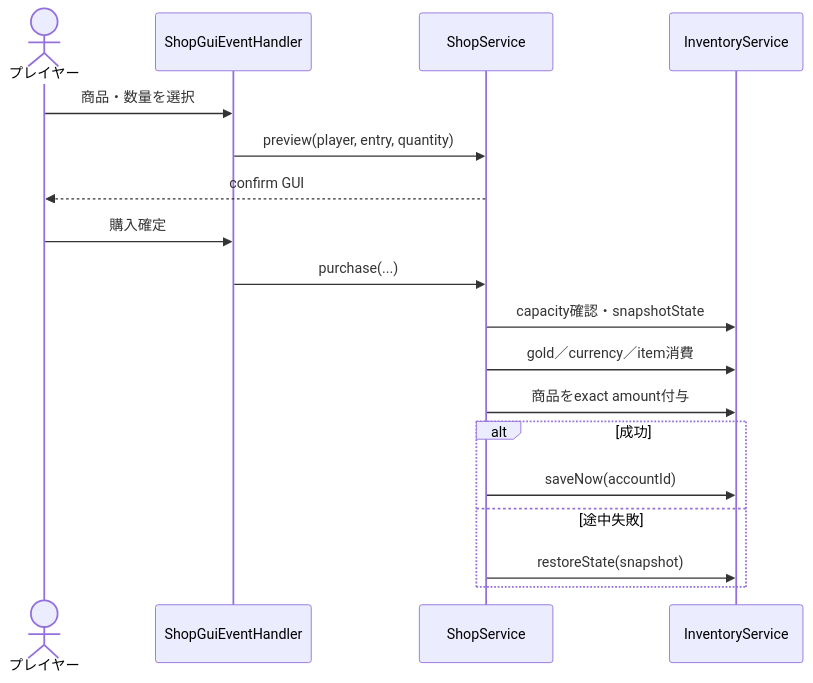
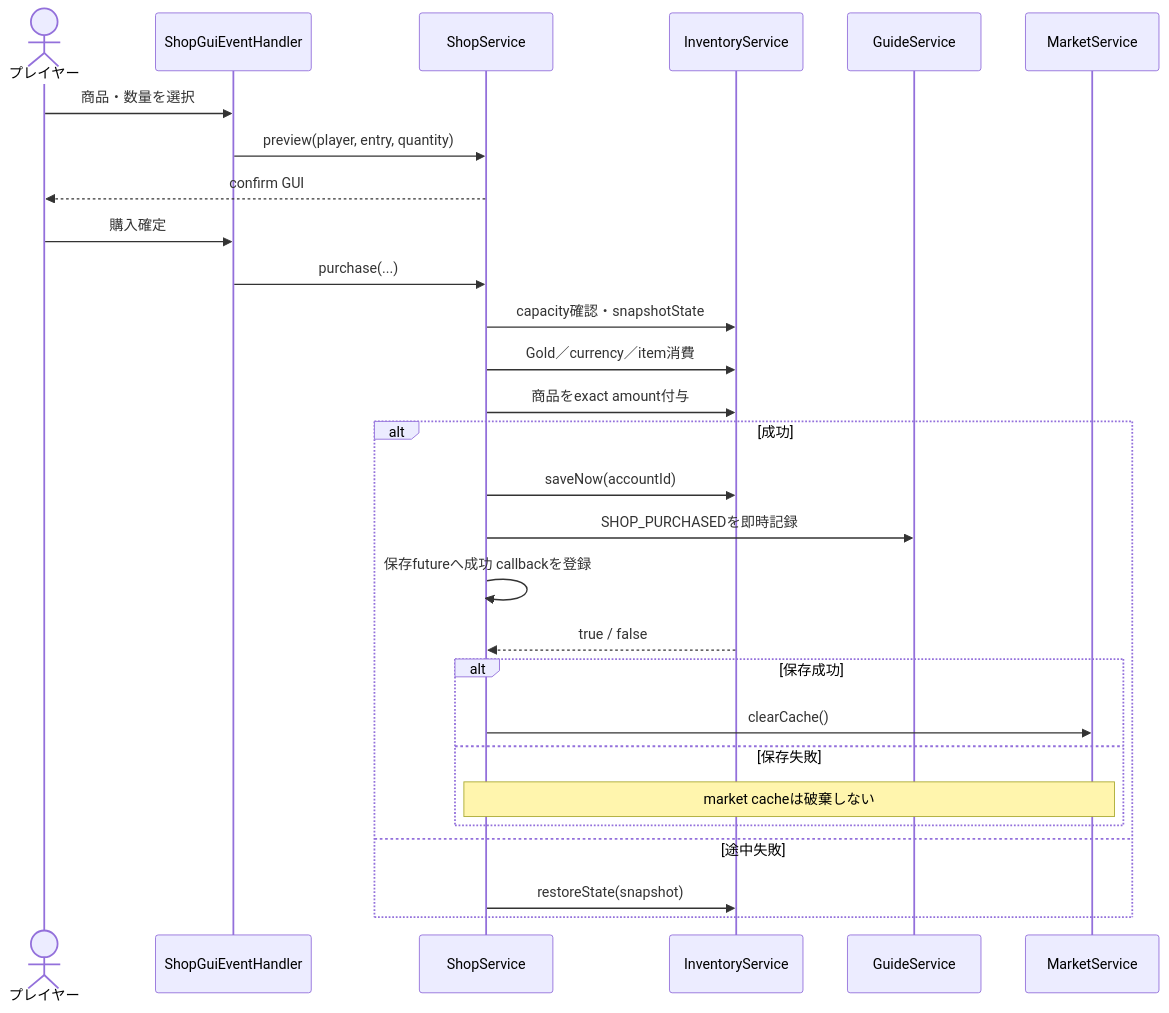
Before and after one commit to maaasu/AstralRecord-Workspace: the third of 4 diagrams in 00_docs/10_Plugin設計書/feature/20-shop/20_4-統合フロー.md, drawn with Mermaid. The commit also changed other lines of this file and 36 other files, not shown here.

````diff
--- a/00_docs/10_Plugin設計書/feature/20-shop/20_4-統合フロー.md
+++ b/00_docs/10_Plugin設計書/feature/20-shop/20_4-統合フロー.md
@@ -62,20 +62,30 @@
 ```mermaid
 sequenceDiagram
     actor Player as プレイヤー
     participant Handler as ShopGuiEventHandler
     participant Shop as ShopService
     participant Inventory as InventoryService
+    participant Guide as GuideService
+    participant Market as MarketService
     Player->>Handler: 商品・数量を選択
     Handler->>Shop: preview(player, entry, quantity)
     Shop-->>Player: confirm GUI
     Player->>Handler: 購入確定
     Handler->>Shop: purchase(...)
     Shop->>Inventory: capacity確認・snapshotState
-    Shop->>Inventory: gold／currency／item消費
+    Shop->>Inventory: Gold／currency／item消費
     Shop->>Inventory: 商品をexact amount付与
     alt 成功
         Shop->>Inventory: saveNow(accountId)
+        Shop->>Guide: SHOP_PURCHASEDを即時記録
+        Shop->>Shop: 保存futureへ成功 callbackを登録
+        Inventory-->>Shop: true / false
+        alt 保存成功
+            Shop->>Market: clearCache()
+        else 保存失敗
+            Note over Shop,Market: market cacheは破棄しない
+        end
     else 途中失敗
         Shop->>Inventory: restoreState(snapshot)
     end
 ```
````
